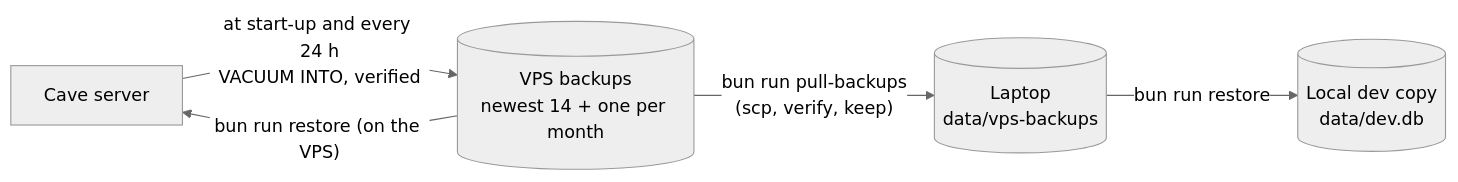
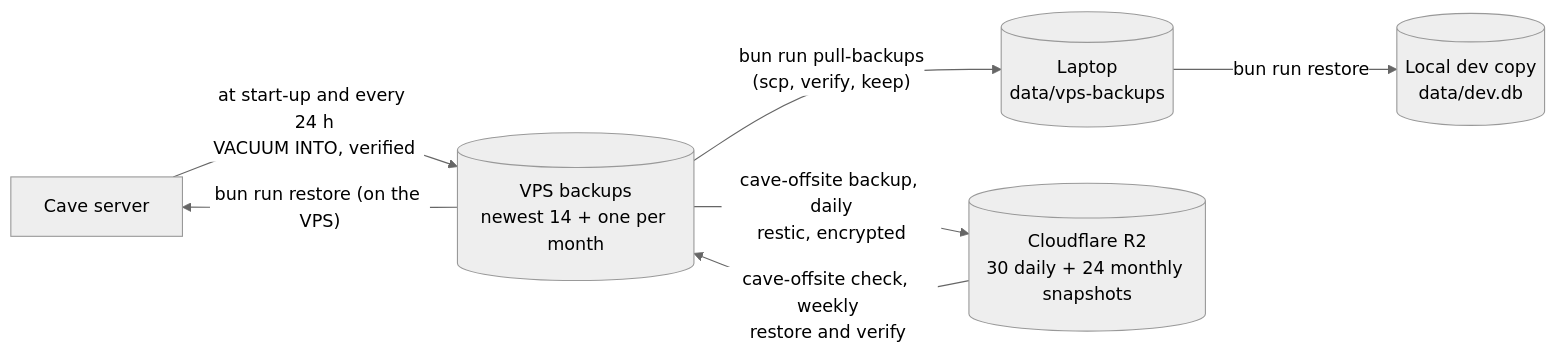
One commit to alexjamesmx/cave changed the fifth of 5 diagrams in docs/system.md. Above: the diagram before and after it, drawn with Mermaid (neutral theme). The commit also changed other lines of this file and 3 other files, not shown here.

Commit message:
M6b parts 1 and 7: CAVE_ENV and off-box backup runbooks, decisions, system overview and the build log

````diff
--- a/docs/system.md
+++ b/docs/system.md
@@ -123,7 +123,9 @@
 ```mermaid
 flowchart LR
   S["Cave server"] -- "at start-up and every 24 h<br/>VACUUM INTO, verified" --> VB[("VPS backups<br/>newest 14 + one per month")]
   VB -- "bun run pull-backups<br/>(scp, verify, keep)" --> LB[("Laptop<br/>data/vps-backups")]
   LB -- "bun run restore" --> DEV[("Local dev copy<br/>data/dev.db")]
   VB -- "bun run restore (on the VPS)" --> S
+  VB -- "cave-offsite backup, daily<br/>restic, encrypted" --> R2[("Cloudflare R2<br/>30 daily + 24 monthly snapshots")]
+  R2 -- "cave-offsite check, weekly<br/>restore and verify" --> VB
 ```
````
